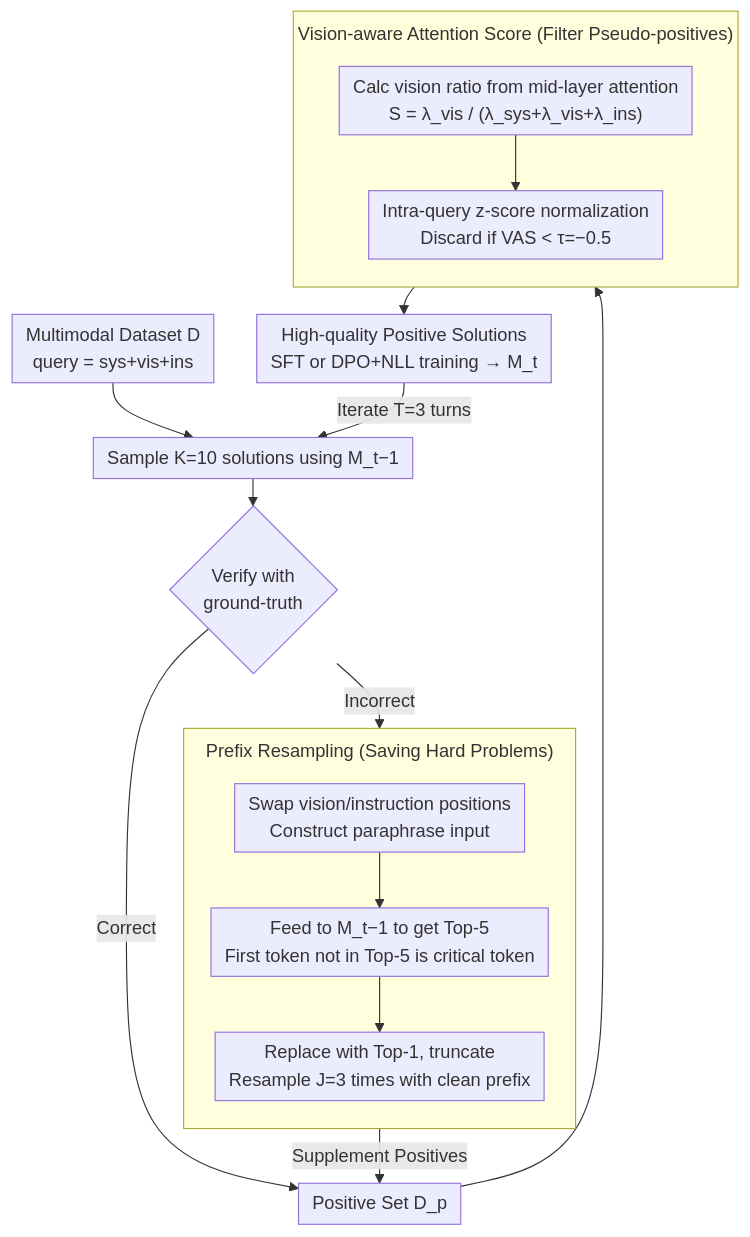
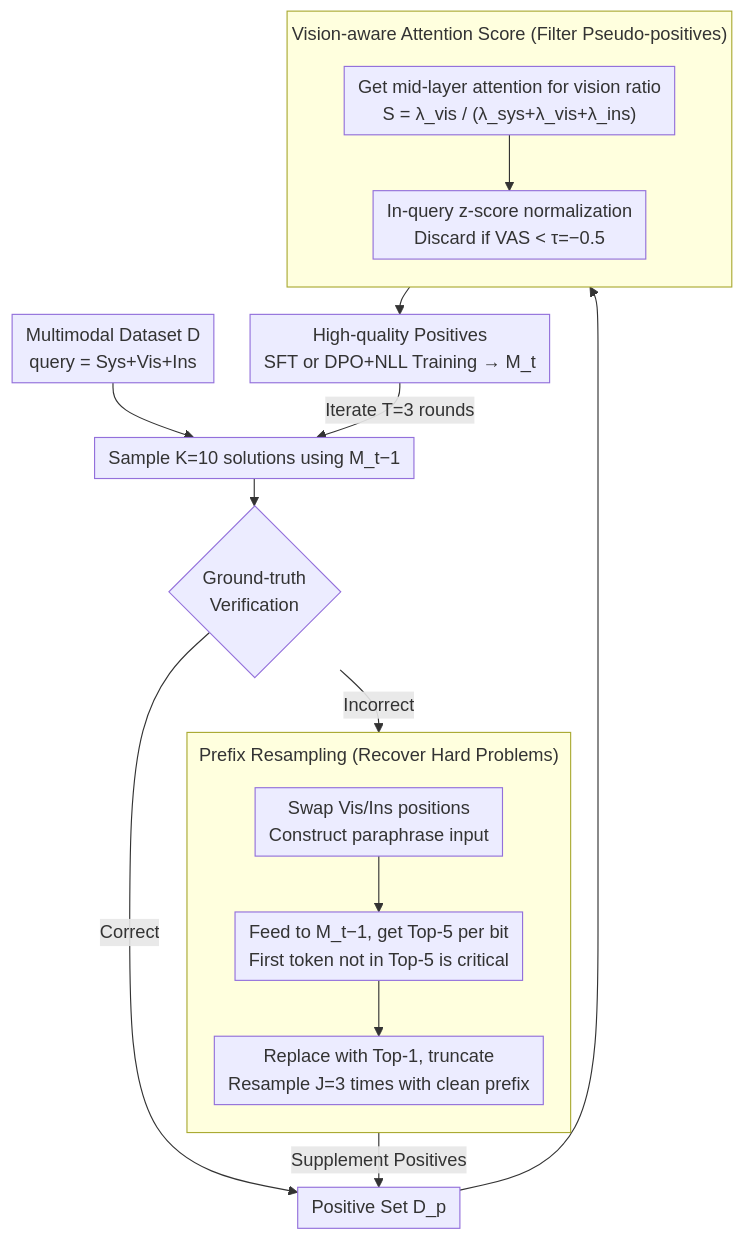
One commit to zhaoyang97/Paper-Notes-en changed the diagram in docs/ICML2026/vlm_reasoning/learn_to_think_improving_multimodal_reasoning_through_vision-aware_self-improvem.md. Above: the diagram before and after it, drawn with Mermaid. The commit also changed other lines of this file and 5084 other files, not shown here.

````diff
--- a/docs/ICML2026/vlm_reasoning/learn_to_think_improving_multimodal_reasoning_through_vision-aware_self-improvem.md
+++ b/docs/ICML2026/vlm_reasoning/learn_to_think_improving_multimodal_reasoning_through_vision-aware_self-improvem.md
@@ -43,21 +43,21 @@
 ```mermaid
 %%{init: {'flowchart': {'rankSpacing': 24, 'nodeSpacing': 28, 'padding': 6, 'wrappingWidth': 400, 'subGraphTitleMargin': {'top': 8, 'bottom': 16}}}}%%
 flowchart TD
-    A["Multimodal Dataset D<br/>query = sys+vis+ins"] --> B["Sample K=10 solutions using M_t−1"]
-    B --> C{"Verify with<br/>ground-truth"}
+    A["Multimodal Dataset D<br/>query = Sys+Vis+Ins"] --> B["Sample K=10 solutions using M_t−1"]
+    B --> C{"Ground-truth<br/>Verification"}
     C -->|Correct| P["Positive Set D_p"]
     C -->|Incorrect| PR
-    subgraph PR["Prefix Resampling (Saving Hard Problems)"]
+    subgraph PR["Prefix Resampling (Recover Hard Problems)"]
         direction TB
-        PR1["Swap vision/instruction positions<br/>Construct paraphrase input"] --> PR2["Feed to M_t−1 to get Top-5<br/>First token not in Top-5 is critical token"]
+        PR1["Swap Vis/Ins positions<br/>Construct paraphrase input"] --> PR2["Feed to M_t−1, get Top-5 per bit<br/>First token not in Top-5 is critical"]
         PR2 --> PR3["Replace with Top-1, truncate<br/>Resample J=3 times with clean prefix"]
     end
     PR -->|Supplement Positives| P
     P --> VAS
     subgraph VAS["Vision-aware Attention Score (Filter Pseudo-positives)"]
         direction TB
-        V1["Calc vision ratio from mid-layer attention<br/>S = λ_vis / (λ_sys+λ_vis+λ_ins)"] --> V2["Intra-query z-score normalization<br/>Discard if VAS < τ=−0.5"]
+        V1["Get mid-layer attention for vision ratio<br/>S = λ_vis / (λ_sys+λ_vis+λ_ins)"] --> V2["In-query z-score normalization<br/>Discard if VAS < τ=−0.5"]
     end
-    VAS --> T["High-quality Positive Solutions<br/>SFT or DPO+NLL training → M_t"]
-    T -->|Iterate T=3 turns| B
+    VAS --> T["High-quality Positives<br/>SFT or DPO+NLL Training → M_t"]
+    T -->|Iterate T=3 rounds| B
 ```
````
